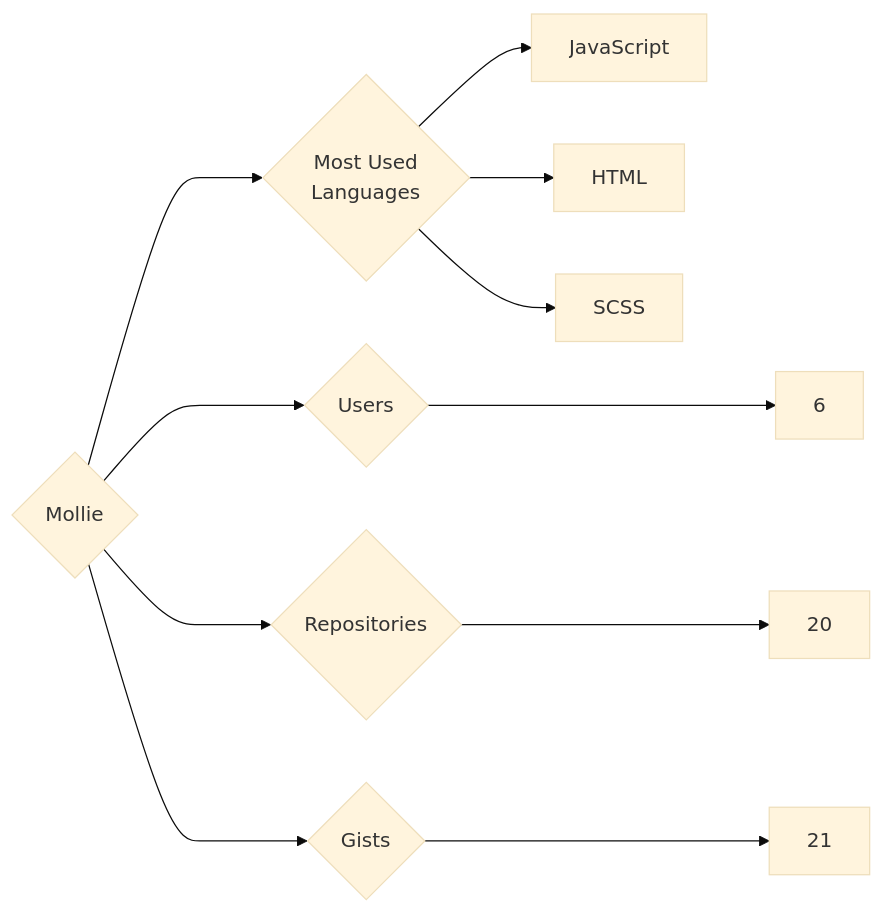
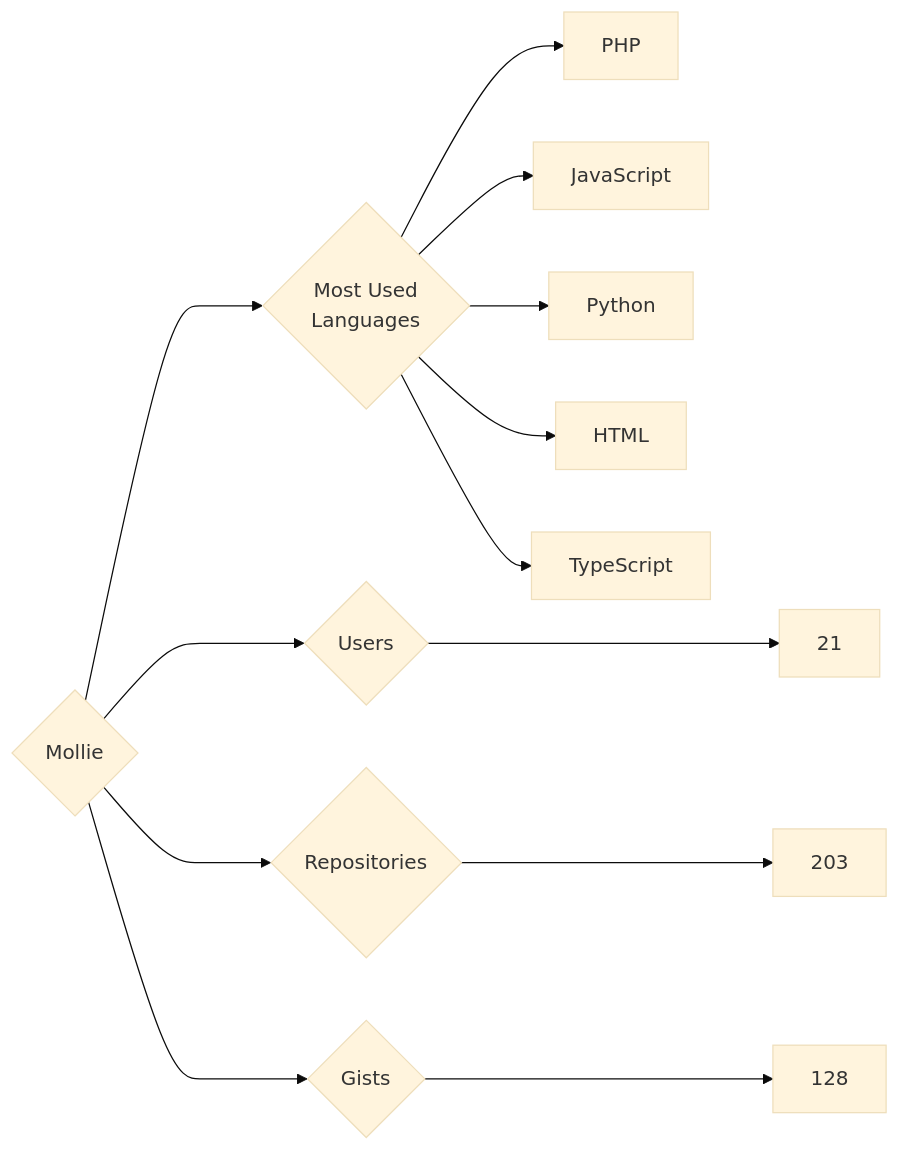
The diagram in targets/Mollie/README.md (trickest/insiders), drawn with Mermaid (base theme) before and after one commit. The commit also changed 796 other files, not shown here.

````diff
--- a/targets/Mollie/README.md
+++ b/targets/Mollie/README.md
@@ -3,11 +3,13 @@
 ```mermaid
 graph LR
 COMPANY_NAME{Mollie}
-COMPANY_NAME ---> U{Users} ---> UN[6]
-COMPANY_NAME ---> R{Repositories} ---> RN[20]
-COMPANY_NAME ---> G{Gists} ---> GN[21]
+COMPANY_NAME ---> U{Users} ---> UN[21]
+COMPANY_NAME ---> R{Repositories} ---> RN[203]
+COMPANY_NAME ---> G{Gists} ---> GN[128]
 COMPANY_NAME ---> ML{Most Used<br>Languages}
+ML --> PHP[PHP]
 ML --> JavaScript[JavaScript]
+ML --> Python[Python]
 ML --> HTML[HTML]
-ML --> SCSS[SCSS]
+ML --> TypeScript[TypeScript]
 ```
````
